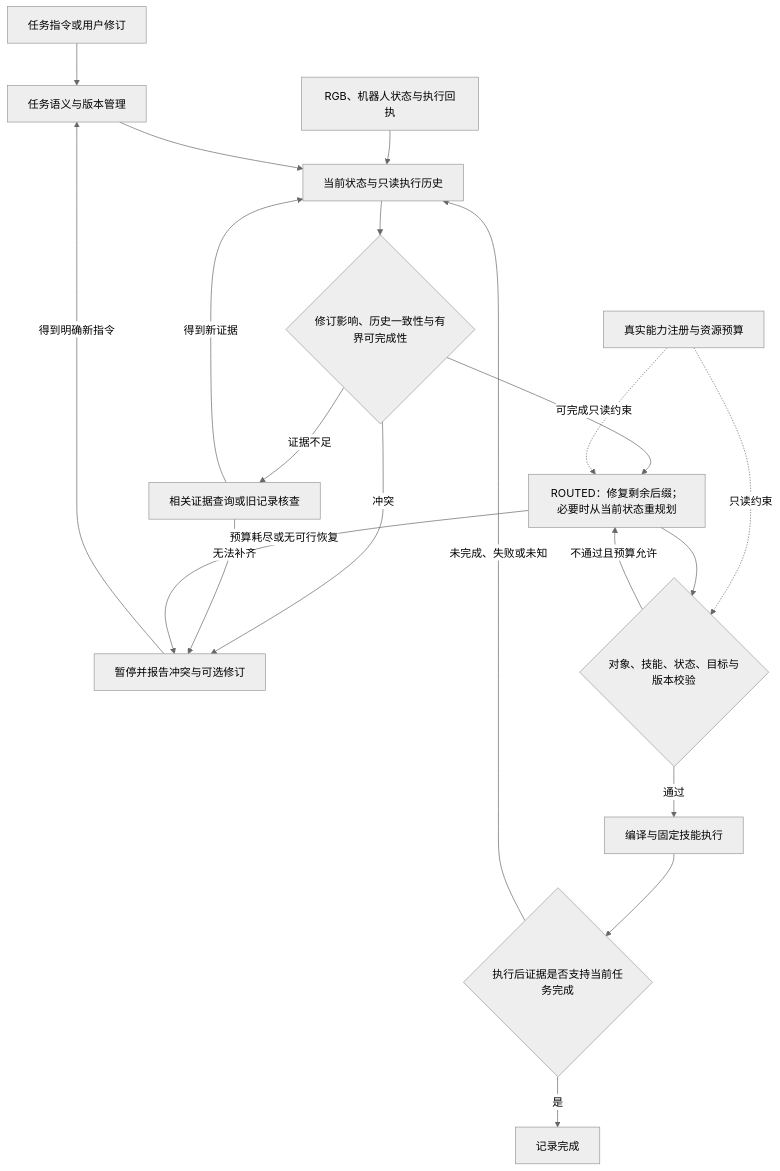
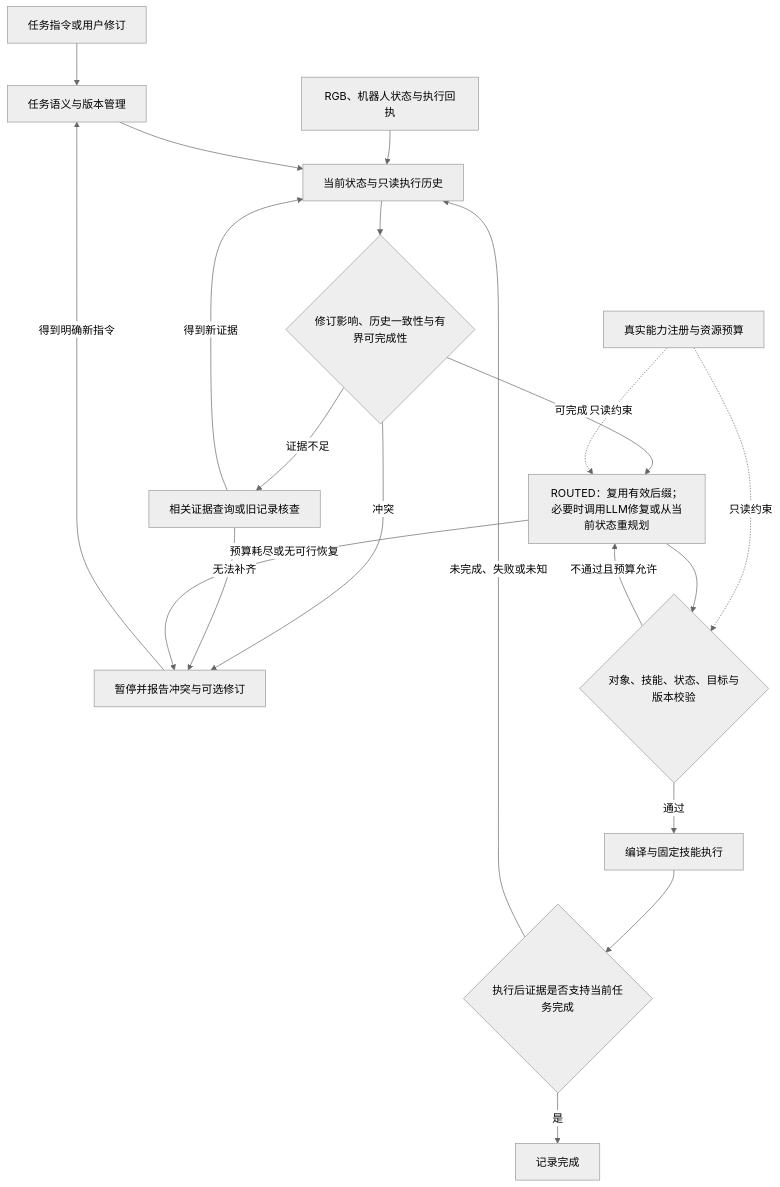
One commit to asd654757/ch3-planning changed the diagram in results/chapter3_design_20261112/chapter3_proposed_main_flow.mmd. Above: the diagram before and after it, drawn with Mermaid (neutral theme). The commit also changed 16 other files, not shown here.

```diff
--- a/results/chapter3_design_20261112/chapter3_proposed_main_flow.mmd
+++ b/results/chapter3_design_20261112/chapter3_proposed_main_flow.mmd
@@ -1,20 +1,20 @@
 flowchart TD
     U[任务指令或用户修订] --> C[任务语义与版本管理]
     O[RGB、机器人状态与执行回执] --> S[当前状态与只读执行历史]
     C --> S
     S --> H{修订影响、历史一致性与有界可完成性}
-    H -->|可完成| R[ROUTED：修复剩余后缀；必要时从当前状态重规划]
+    H -->|可完成| R[ROUTED：复用有效后缀；必要时调用LLM修复或从当前状态重规划]
     H -->|证据不足| Q[相关证据查询或旧记录核查]
     H -->|冲突| P[暂停并报告冲突与可选修订]
     Q -->|得到新证据| S
     Q -->|无法补齐| P
     P -->|得到明确新指令| C
     K[真实能力注册与资源预算] -.只读约束.-> R
     K -.只读约束.-> V
     R --> V{对象、技能、状态、目标与版本校验}
     V -->|不通过且预算允许| R
     V -->|通过| E[编译与固定技能执行]
     E --> F{执行后证据是否支持当前任务完成}
     F -->|是| D[记录完成]
     F -->|未完成、失败或未知| S
     R -->|预算耗尽或无可行恢复| P
```
